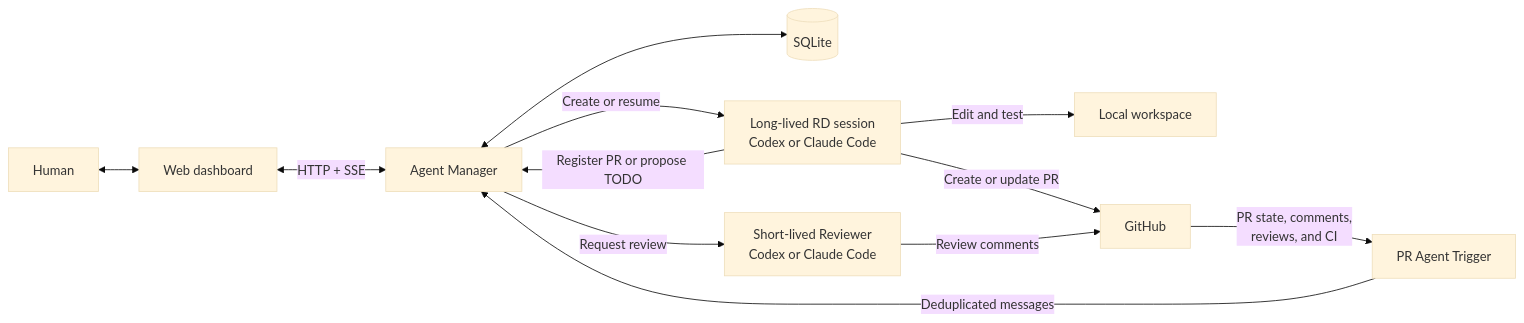
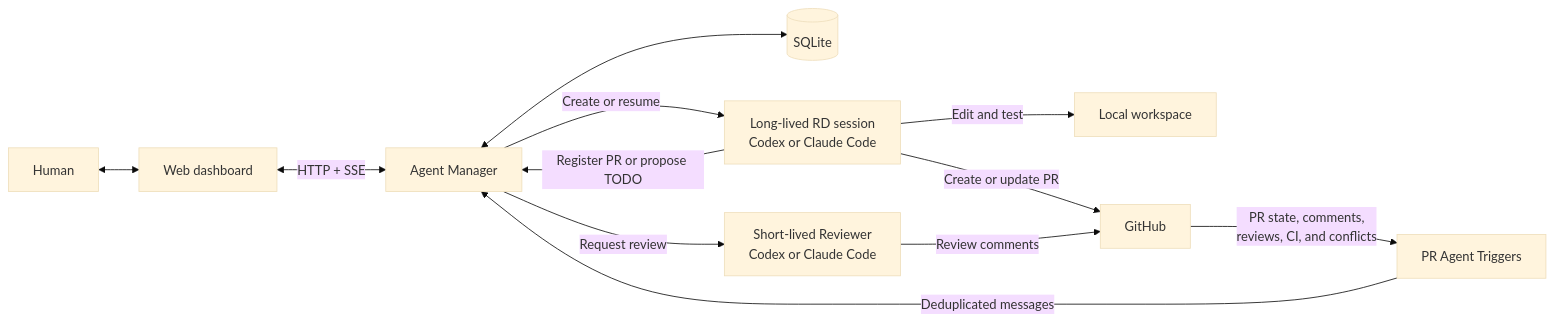
Before and after one commit to luohaha/code-factory: the diagram in README.md, drawn with Mermaid (base theme). The commit also changed other lines of this file and 12 other files, not shown here.

Commit message:
feat: split pull request agent triggers

```diff
--- a/README.md
+++ b/README.md
@@ -112,14 +112,14 @@
 ~~~mermaid
 flowchart LR
   H[Human] <--> W[Web dashboard]
   W <-->|HTTP + SSE| M[Agent Manager]
   M <--> DB[(SQLite)]
   M -->|Create or resume| RD[Long-lived RD session<br/>Codex or Claude Code]
   M -->|Request review| RV[Short-lived Reviewer<br/>Codex or Claude Code]
   RD -->|Edit and test| WS[Local workspace]
   RD -->|Create or update PR| GH[GitHub]
   RD -->|Register PR or propose TODO| M
   RV -->|Review comments| GH
-  GH -->|PR state, comments,<br/>reviews, and CI| T[PR Agent Trigger]
+  GH -->|PR state, comments,<br/>reviews, CI, and conflicts| T[PR Agent Triggers]
   T -->|Deduplicated messages| M
 ~~~
```
